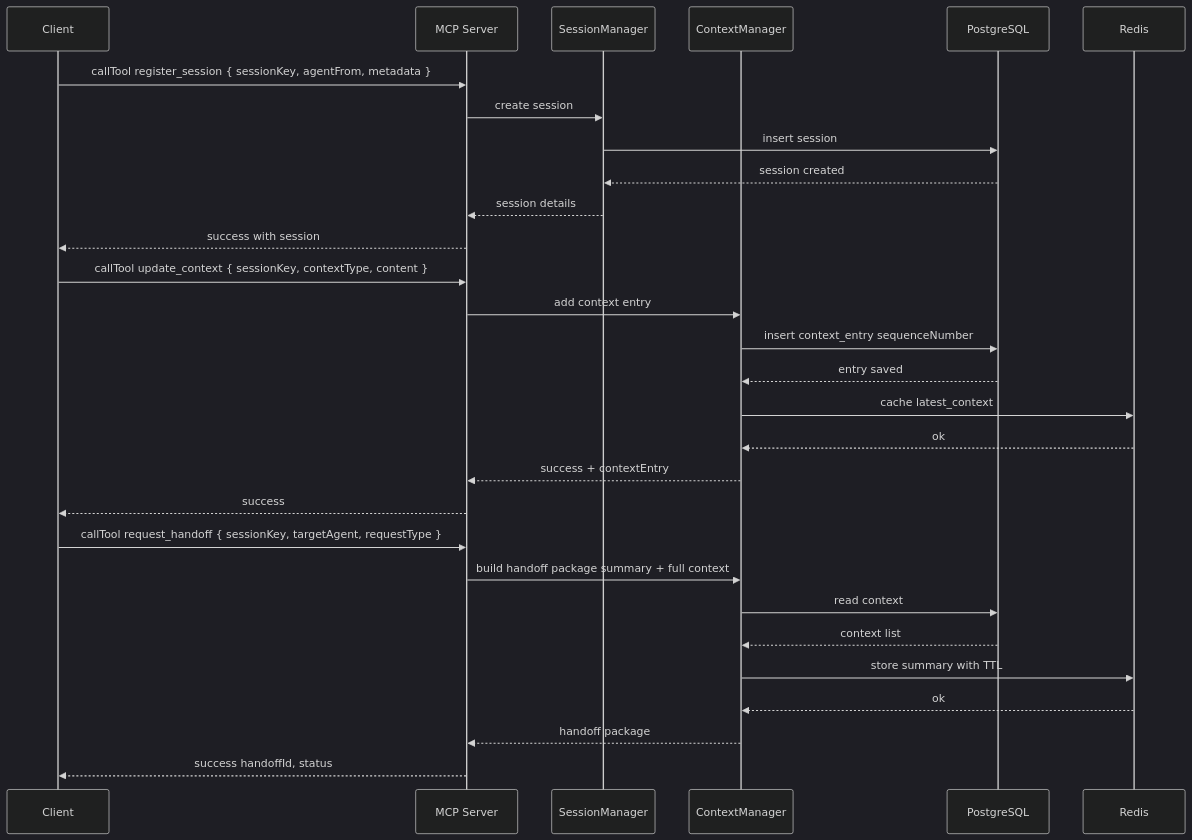
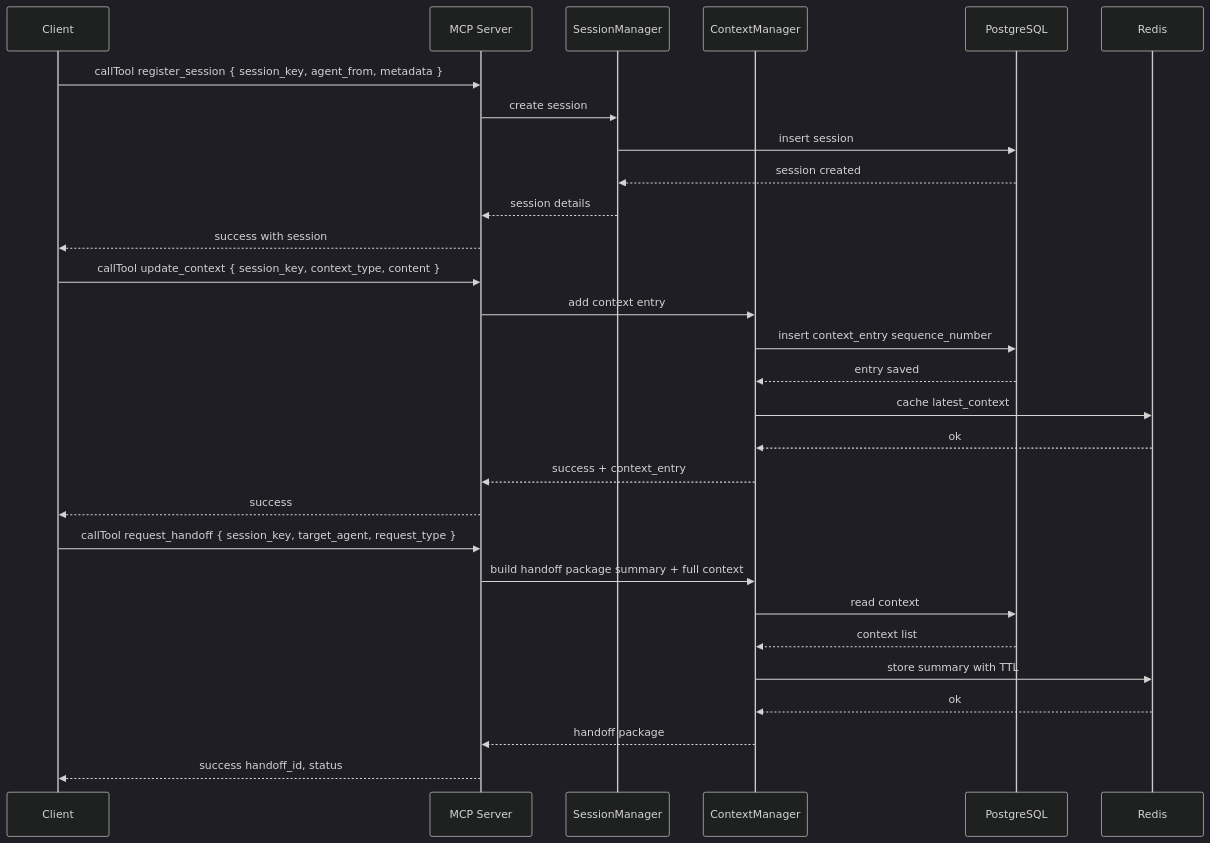
One commit to ragusa-it/ai-handoff-mcp changed the second of 3 diagrams in docs/core-concepts.md. Above: the diagram before and after it, drawn with Mermaid (dark theme). The commit also changed other lines of this file and 17 other files, not shown here.

````diff
--- a/docs/core-concepts.md
+++ b/docs/core-concepts.md
@@ -67,34 +67,34 @@
 ```mermaid
 sequenceDiagram
   participant Client
   participant MCP as MCP Server
   participant SM as SessionManager
   participant CM as ContextManager
   participant DB as PostgreSQL
   participant R as Redis
 
-  Client->>MCP: callTool register_session { sessionKey, agentFrom, metadata }
+  Client->>MCP: callTool register_session { session_key, agent_from, metadata }
   MCP->>SM: create session
   SM->>DB: insert session
   DB-->>SM: session created
   SM-->>MCP: session details
   MCP-->>Client: success with session
 
-  Client->>MCP: callTool update_context { sessionKey, contextType, content }
+  Client->>MCP: callTool update_context { session_key, context_type, content }
   MCP->>CM: add context entry
-  CM->>DB: insert context_entry sequenceNumber
+  CM->>DB: insert context_entry sequence_number
   DB-->>CM: entry saved
   CM->>R: cache latest_context
   R-->>CM: ok
-  CM-->>MCP: success + contextEntry
+  CM-->>MCP: success + context_entry
   MCP-->>Client: success
 
-  Client->>MCP: callTool request_handoff { sessionKey, targetAgent, requestType }
+  Client->>MCP: callTool request_handoff { session_key, target_agent, request_type }
   MCP->>CM: build handoff package summary + full context
   CM->>DB: read context
   DB-->>CM: context list
   CM->>R: store summary with TTL
   R-->>CM: ok
   CM-->>MCP: handoff package
-  MCP-->>Client: success handoffId, status
+  MCP-->>Client: success handoff_id, status
 ```
````
